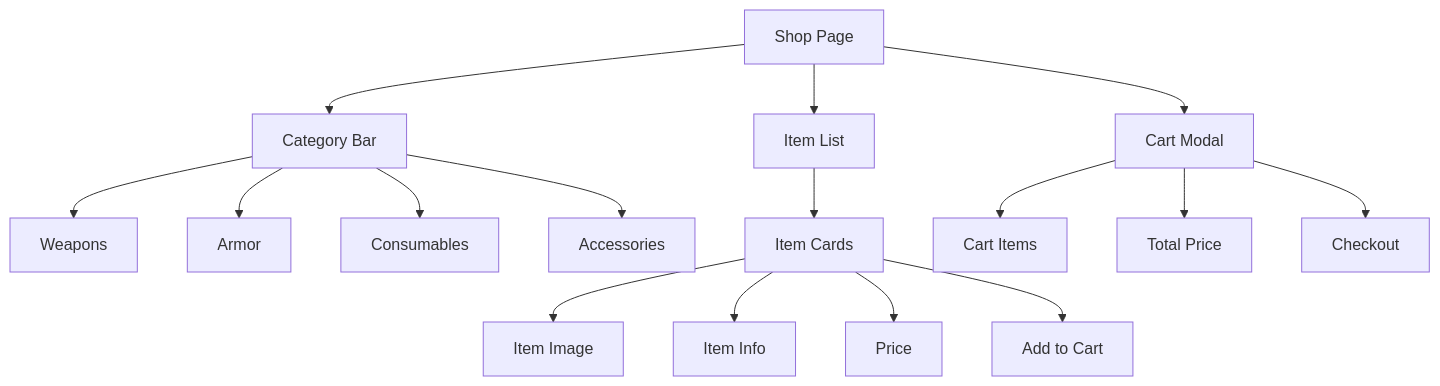
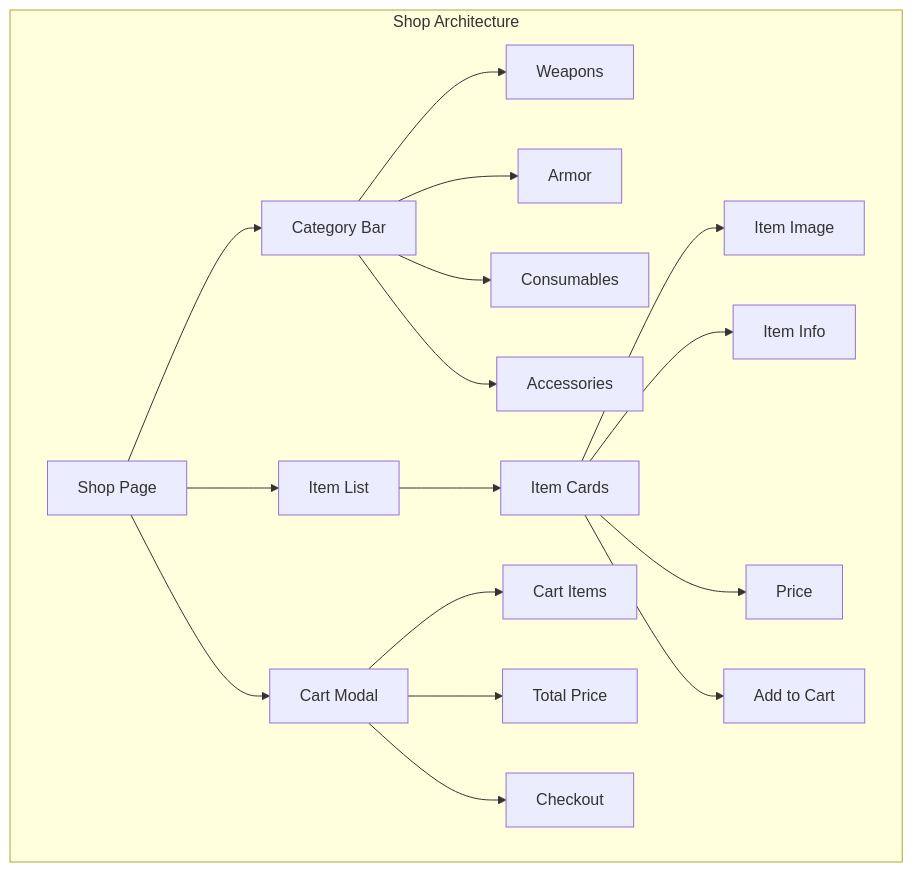
Diagram 12 of 20 in FRONTEND_ARCHITECTURE.md (ma1iik/PlayerOne), drawn with Mermaid before and after one commit. The commit also changed other lines of this file, not shown here.

````diff
--- a/FRONTEND_ARCHITECTURE.md
+++ b/FRONTEND_ARCHITECTURE.md
@@ -297,21 +301,23 @@
 ```mermaid
 graph TB
-    A[Shop Page] --> B[Category Bar]
-    A --> C[Item List]
-    A --> D[Cart Modal]
-    
-    B --> E[Weapons]
-    B --> F[Armor]
-    B --> G[Consumables]
-    B --> H[Accessories]
-    
-    C --> I[Item Cards]
-    I --> J[Item Image]
-    I --> K[Item Info]
-    I --> L[Price]
-    I --> M[Add to Cart]
-    
-    D --> N[Cart Items]
-    D --> O[Total Price]
-    D --> P[Checkout]
+    subgraph "Shop Architecture"
+        A[Shop Page] --> B[Category Bar]
+        A --> C[Item List]
+        A --> D[Cart Modal]
+        
+        B --> E[Weapons]
+        B --> F[Armor]
+        B --> G[Consumables]
+        B --> H[Accessories]
+        
+        C --> I[Item Cards]
+        I --> J[Item Image]
+        I --> K[Item Info]
+        I --> L[Price]
+        I --> M[Add to Cart]
+        
+        D --> N[Cart Items]
+        D --> O[Total Price]
+        D --> P[Checkout]
+    end
 ```
````
